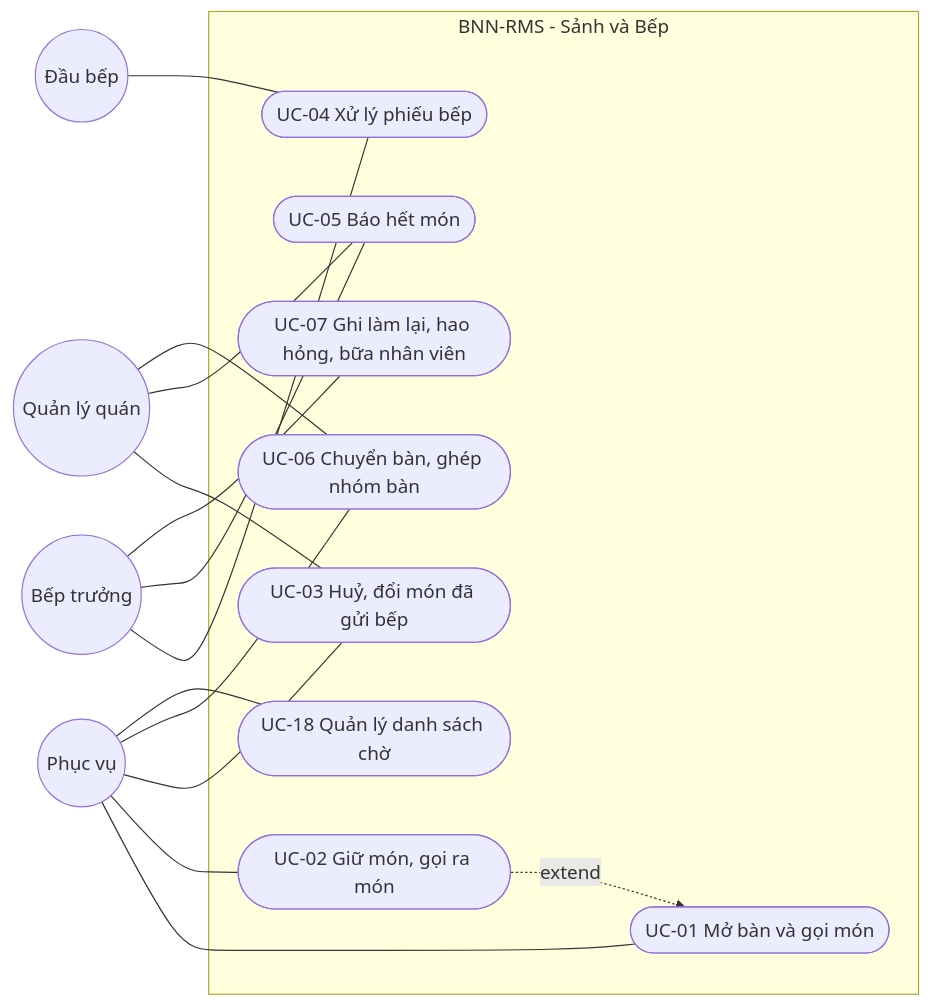
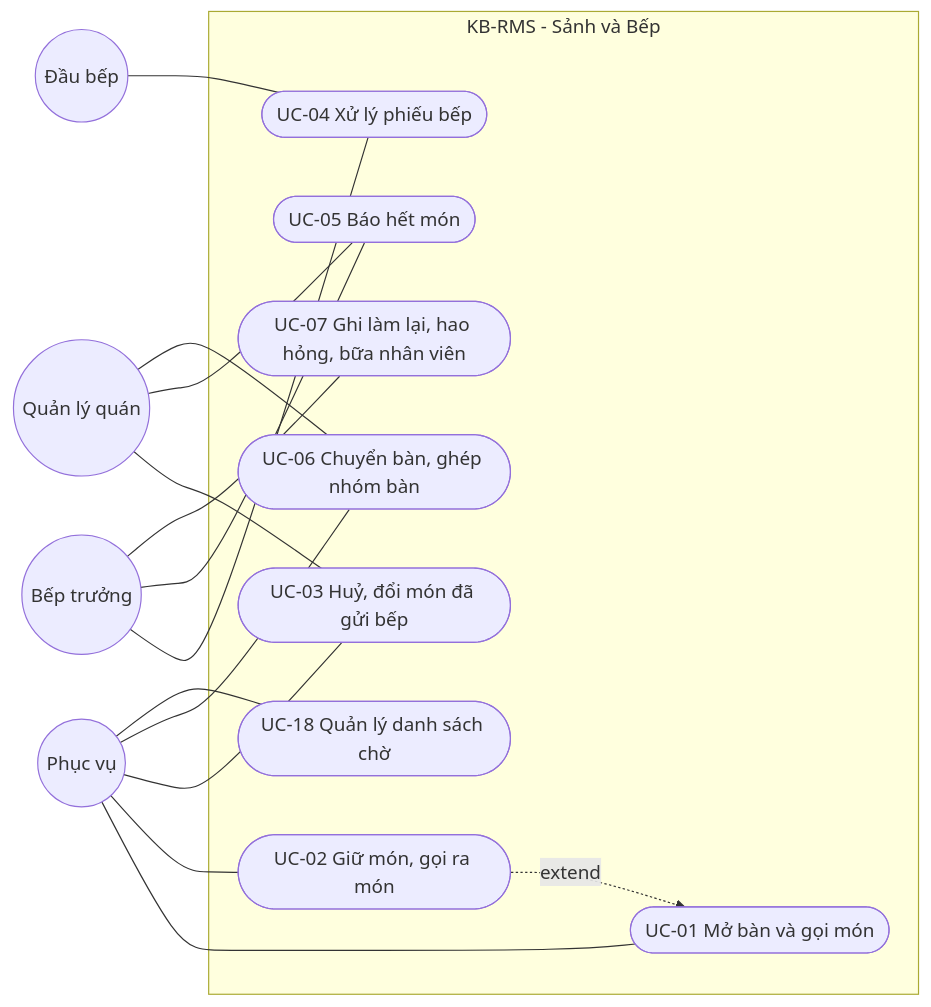
One commit to Anpham120/restaurant-management-system changed the first of 4 diagrams in docs/03-dac-ta-yeu-cau/03-use-case.md. Above: the diagram before and after it, drawn with Mermaid. The commit also changed other lines of this file and 24 other files, not shown here.

First line of the commit message:
docs: rename the restaurant to Khói Bếp (KB-RMS)

````diff
--- a/docs/03-dac-ta-yeu-cau/03-use-case.md
+++ b/docs/03-dac-ta-yeu-cau/03-use-case.md
@@ -36,30 +36,30 @@
 ```mermaid
 flowchart LR
     PV(("Phục vụ"))
     QL(("Quản lý quán"))
     BT(("Bếp trưởng"))
     DB(("Đầu bếp"))
-    subgraph SYS1["BNN-RMS - Sảnh và Bếp"]
+    subgraph SYS1["KB-RMS - Sảnh và Bếp"]
         UC01(["UC-01 Mở bàn và gọi món"])
         UC02(["UC-02 Giữ món, gọi ra món"])
         UC03(["UC-03 Huỷ, đổi món đã gửi bếp"])
         UC04(["UC-04 Xử lý phiếu bếp"])
         UC05(["UC-05 Báo hết món"])
         UC06(["UC-06 Chuyển bàn, ghép nhóm bàn"])
         UC07(["UC-07 Ghi làm lại, hao hỏng, bữa nhân viên"])
         UC18(["UC-18 Quản lý danh sách chờ"])
     end
     PV --- UC01
     PV --- UC02
     PV --- UC03
     PV --- UC06
     PV --- UC18
     QL --- UC03
     QL --- UC05
     QL --- UC06
     BT --- UC04
     BT --- UC05
     BT --- UC07
     DB --- UC04
     UC02 -.->|extend| UC01
 ```
````
